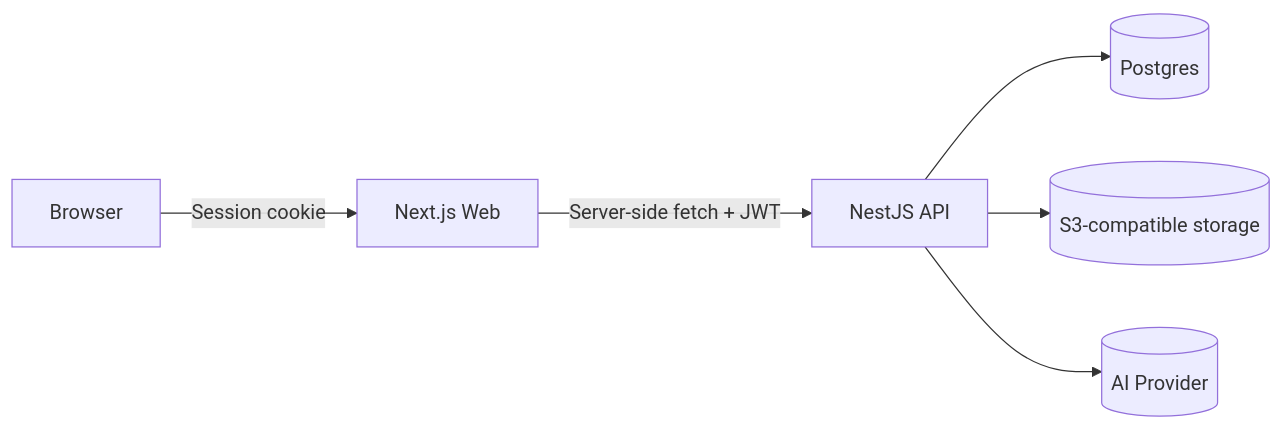
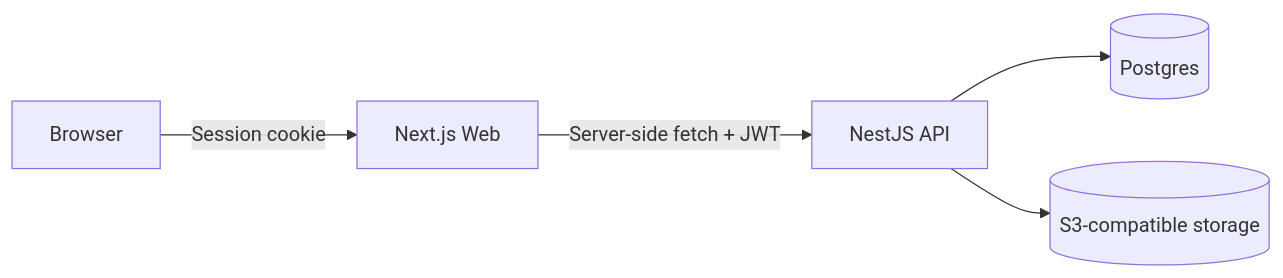
Before and after one commit to mylo-james/isntgram-ai: the first of 2 diagrams in docs/system-design/01-overview.md, drawn with Mermaid. The commit also changed 497 other files, not shown here.

````diff
--- a/docs/system-design/01-overview.md
+++ b/docs/system-design/01-overview.md
@@ -5,8 +5,7 @@
 ```mermaid
 flowchart LR
   B[Browser] -->|Session cookie| W[Next.js Web]
   W -->|Server-side fetch + JWT| A[NestJS API]
   A --> DB[(Postgres)]
   A --> S3[(S3-compatible storage)]
-  A --> AI[(AI Provider)]
 ```
````
